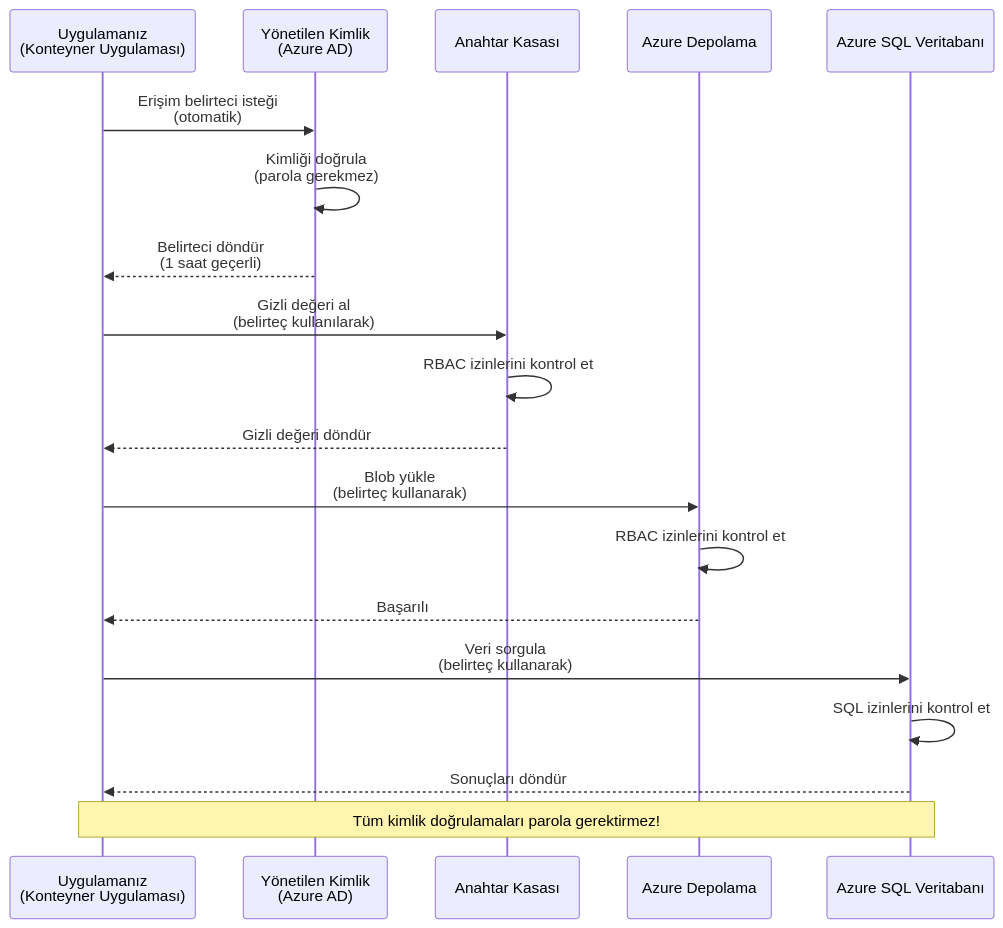
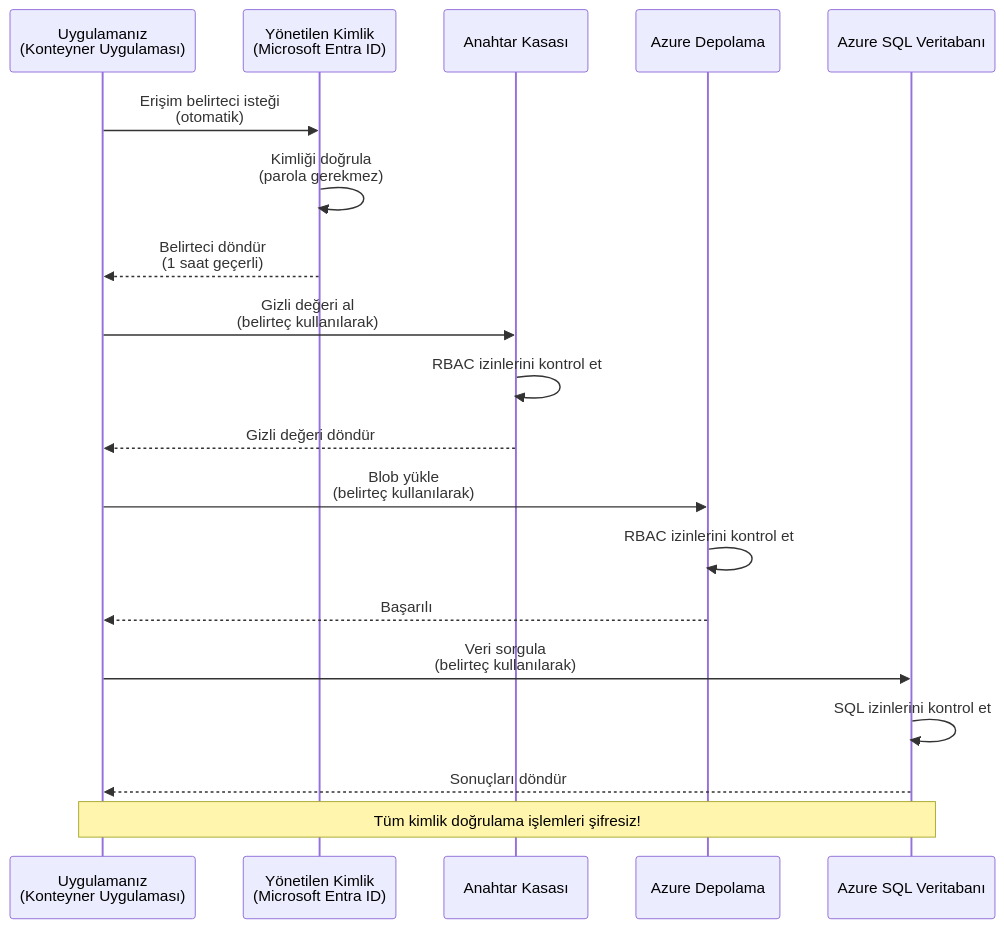
One commit to microsoft/AZD-for-beginners changed the first of 2 diagrams in translations/tr/docs/chapter-03-configuration/authsecurity.md. Above: the diagram before and after it, drawn with Mermaid. The commit also changed other lines of this file and 104 other files, not shown here.

````diff
--- a/translations/tr/docs/chapter-03-configuration/authsecurity.md
+++ b/translations/tr/docs/chapter-03-configuration/authsecurity.md
@@ -69,26 +69,26 @@
 ```mermaid
 sequenceDiagram
     participant App as Uygulamanız<br/>(Konteyner Uygulaması)
-    participant MI as Yönetilen Kimlik<br/>(Azure AD)
+    participant MI as Yönetilen Kimlik<br/>(Microsoft Entra ID)
     participant KV as Anahtar Kasası
     participant Storage as Azure Depolama
     participant DB as Azure SQL Veritabanı
     
     App->>MI: Erişim belirteci isteği<br/>(otomatik)
     MI->>MI: Kimliği doğrula<br/>(parola gerekmez)
     MI-->>App: Belirteci döndür<br/>(1 saat geçerli)
     
     App->>KV: Gizli değeri al<br/>(belirteç kullanılarak)
     KV->>KV: RBAC izinlerini kontrol et
     KV-->>App: Gizli değeri döndür
     
-    App->>Storage: Blob yükle<br/>(belirteç kullanarak)
+    App->>Storage: Blob yükle<br/>(belirteç kullanılarak)
     Storage->>Storage: RBAC izinlerini kontrol et
     Storage-->>App: Başarılı
     
-    App->>DB: Veri sorgula<br/>(belirteç kullanarak)
+    App->>DB: Veri sorgula<br/>(belirteç kullanılarak)
     DB->>DB: SQL izinlerini kontrol et
     DB-->>App: Sonuçları döndür
     
-    Note over App,DB: Tüm kimlik doğrulamaları parola gerektirmez!
+    Note over App,DB: Tüm kimlik doğrulama işlemleri şifresiz!
 ```
````
